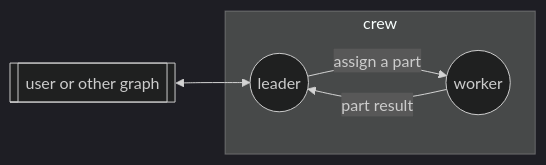
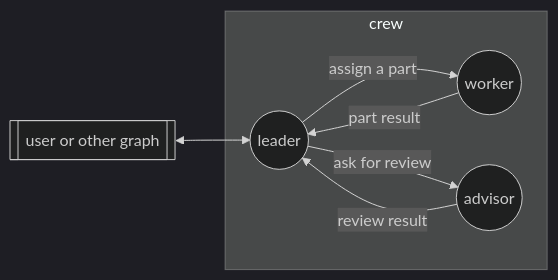
One commit to agent-habilis/agent-gossip changed the diagram in .agent-graph/crew/index.md. Above: the diagram before and after it, drawn with Mermaid (dark theme). The commit also changed other lines of this file and 2 other files, not shown here.

Commit message:
feat(graph): add an advisor node to crew

````diff
--- a/.agent-graph/crew/index.md
+++ b/.agent-graph/crew/index.md
@@ -9,11 +9,14 @@
 ```mermaid
 flowchart LR
   subgraph crew
     leader(("leader")):::lead
     worker(("worker"))
+    advisor(("advisor"))
     leader assign@-->|"assign a part"| worker
     worker part-result@-->|"part result"| leader
+    leader ask-review@-->|"ask for review"| advisor
+    advisor review-result@-->|"review result"| leader
   end
   outside[["user or other graph"]]
   outside external@<--> leader
 ```
````
